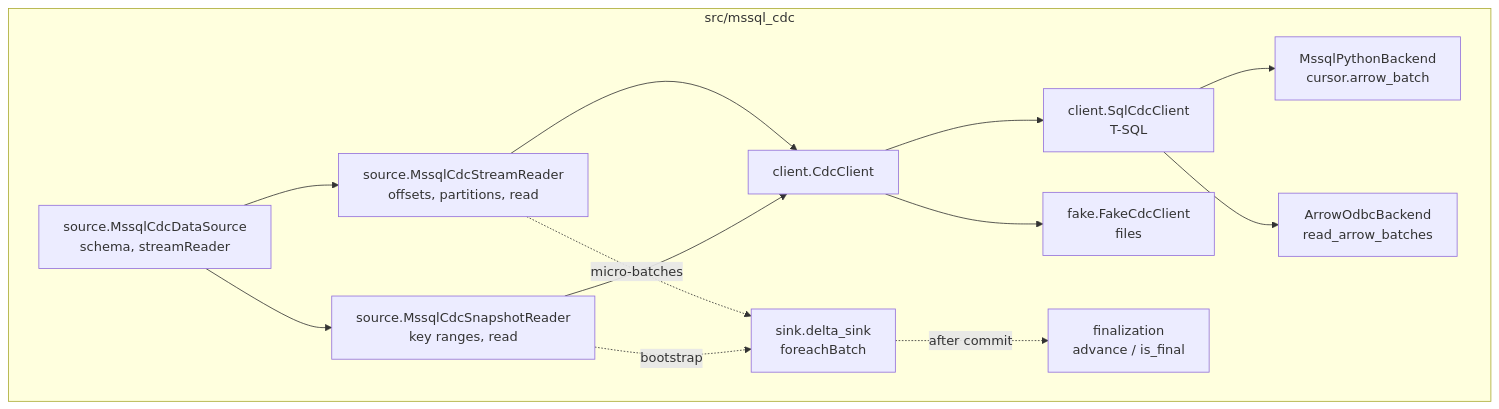
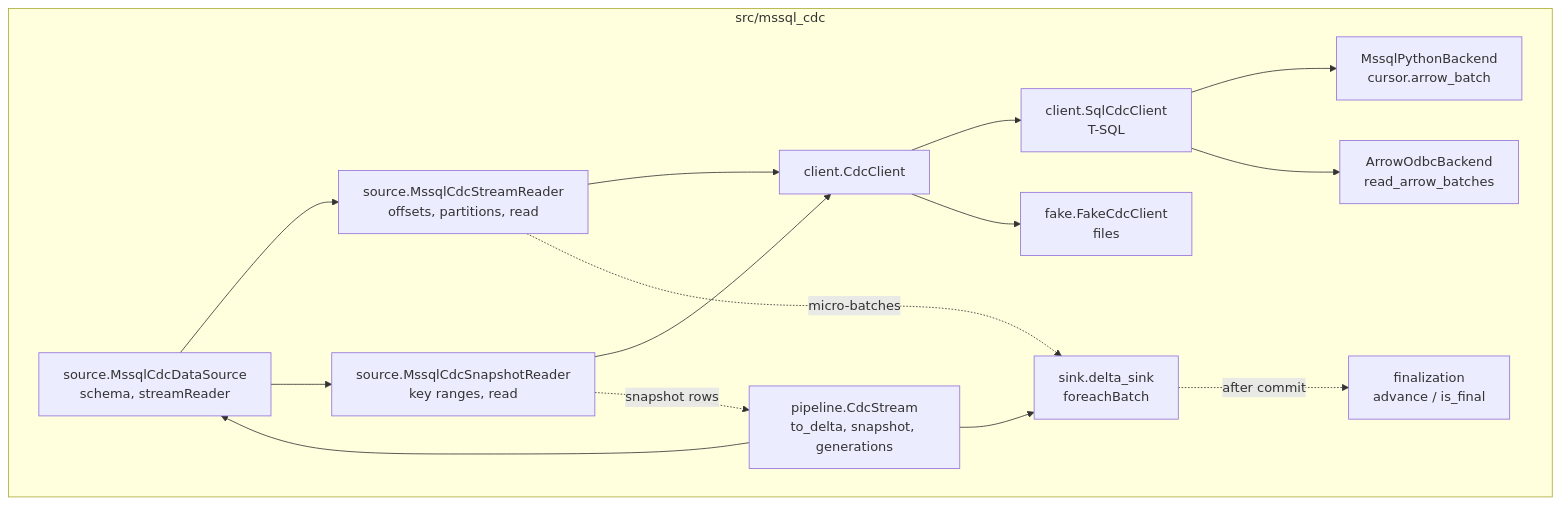
The first of 2 diagrams in docs/ARCHITECTURE.md (emanuel-luis/mssql-cdc-pyspark), drawn with Mermaid before and after one commit. The commit also changed other lines of this file and 5 other files, not shown here.

````diff
--- a/docs/ARCHITECTURE.md
+++ b/docs/ARCHITECTURE.md
@@ -5,22 +5,25 @@
 ```mermaid
 flowchart TB
   subgraph src/mssql_cdc
     DS[source.MssqlCdcDataSource<br/>schema, streamReader]
     RD[source.MssqlCdcStreamReader<br/>offsets, partitions, read]
     SN[source.MssqlCdcSnapshotReader<br/>key ranges, read]
     CL[client.CdcClient]
     SQL[client.SqlCdcClient<br/>T-SQL]
     BE1[MssqlPythonBackend<br/>cursor.arrow_batch]
     BE2[ArrowOdbcBackend<br/>read_arrow_batches]
     FK[fake.FakeCdcClient<br/>files]
     SK[sink.delta_sink<br/>foreachBatch]
     FN[finalization<br/>advance / is_final]
+    PL[pipeline.CdcStream<br/>to_delta, snapshot, generations]
   end
+  PL --> DS
+  PL --> SK
   DS --> RD --> CL
   DS --> SN --> CL
   CL --> SQL --> BE1 & BE2
   CL --> FK
   RD -. micro-batches .-> SK
-  SN -. bootstrap .-> SK
+  SN -. snapshot rows .-> PL
   SK -. after commit .-> FN
 ```
````
